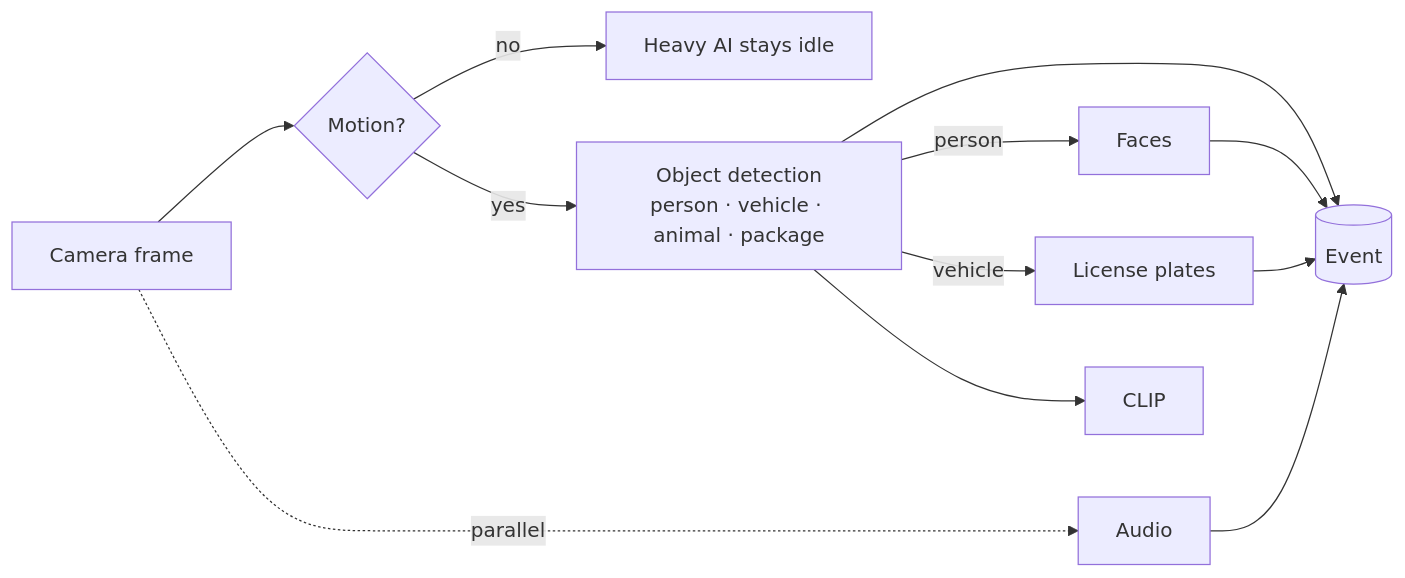
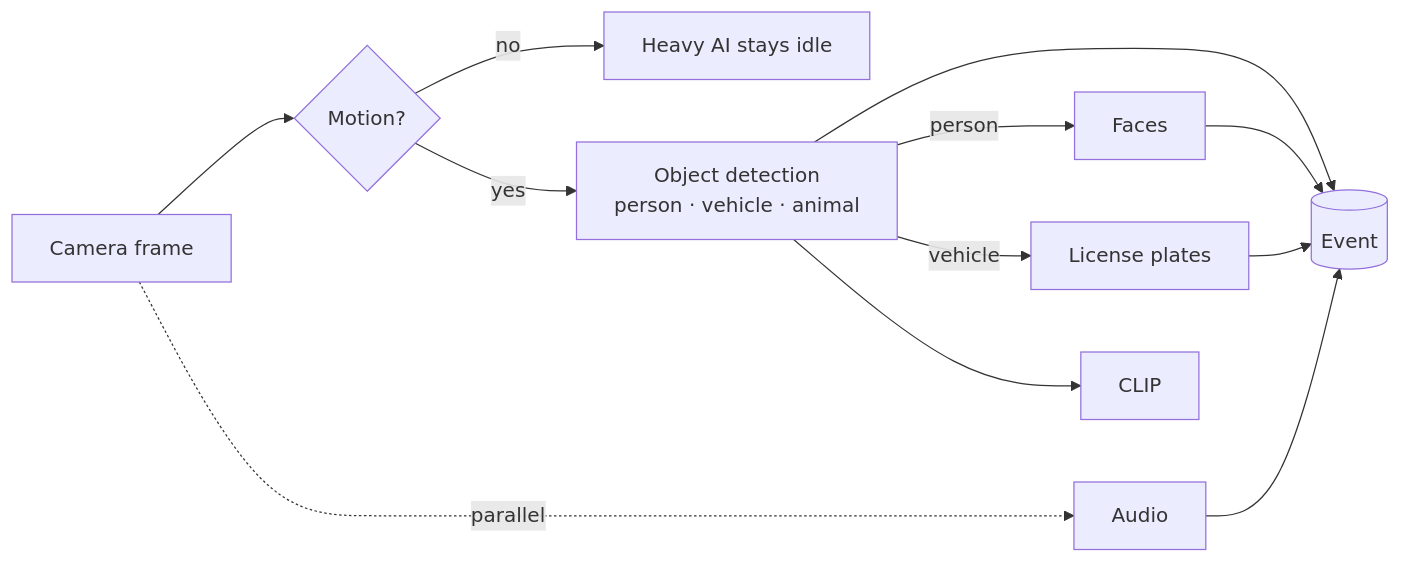
Before and after one commit to cameraui/docs: the diagram in detection/index.md, drawn with Mermaid. The commit also changed other lines of this file and 7 other files, not shown here.

````diff
--- a/detection/index.md
+++ b/detection/index.md
@@ -18,14 +18,14 @@
 ```mermaid
 flowchart LR
   cam[Camera frame] --> motion{Motion?}
   cam -. parallel .-> audio[Audio]
   motion -- no --> idle[Heavy AI stays idle]
-  motion -- yes --> obj[Object detection<br/>person · vehicle · animal · package]
+  motion -- yes --> obj[Object detection<br/>person · vehicle · animal]
   obj -- person --> face[Faces]
   obj -- vehicle --> plate[License plates]
   obj --> clip[CLIP]
   obj --> ev[(Event)]
   face --> ev
   plate --> ev
   audio --> ev
 ```
````
